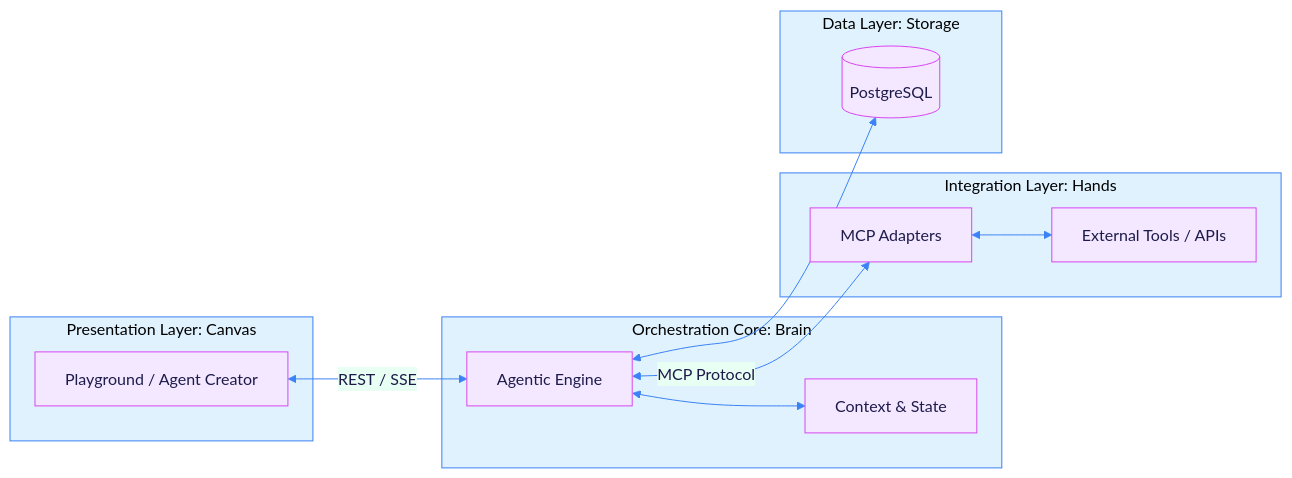
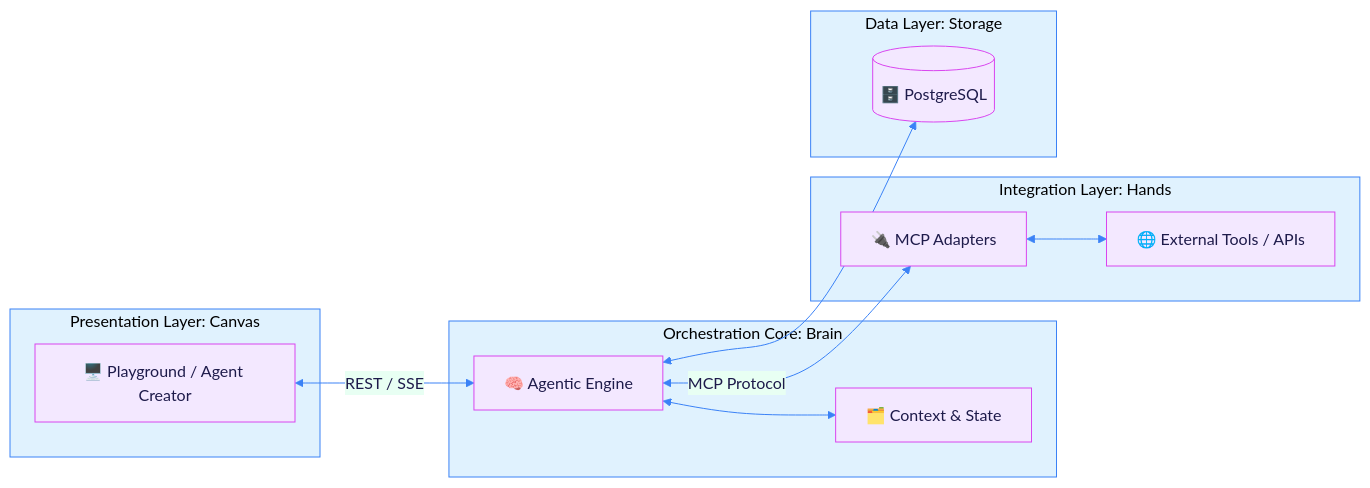
The second of 4 diagrams in README.md (Engineering-Reality/kachponz), drawn with Mermaid before and after one commit. The commit also changed other lines of this file, not shown here.

Commit message:
docs: add visual emojis to flowchart nodes for better clarity

````diff
--- a/README.md
+++ b/README.md
@@ -125,27 +125,27 @@
 ```mermaid
 %%{init: {'theme': 'base', 'themeVariables': { 'primaryColor': '#F3E8FF', 'primaryTextColor': '#1E1B4B', 'primaryBorderColor': '#D946EF', 'lineColor': '#3B82F6', 'clusterBkg': '#E0F2FE', 'clusterBorder': '#3B82F6'}}}%%
 flowchart LR
     subgraph Canvas [Presentation Layer: Canvas]
-        UI[Playground / Agent Creator]
+        UI[🖥️ Playground / Agent Creator]
     end
     
     subgraph Brain [Orchestration Core: Brain]
-        Engine[Agentic Engine]
-        Memory[Context & State]
+        Engine[🧠 Agentic Engine]
+        Memory[🗂️ Context & State]
     end
     
     subgraph Hands [Integration Layer: Hands]
-        MCP[MCP Adapters]
-        API[External Tools / APIs]
+        MCP[🔌 MCP Adapters]
+        API[🌐 External Tools / APIs]
     end
     
     subgraph Storage [Data Layer: Storage]
-        DB[(PostgreSQL)]
+        DB[(🗄️ PostgreSQL)]
     end
     
     UI <-->|REST / SSE| Engine
     Engine <--> Memory
     Engine <-->|MCP Protocol| MCP
     MCP <--> API
     Engine <--> DB
 ```
````
